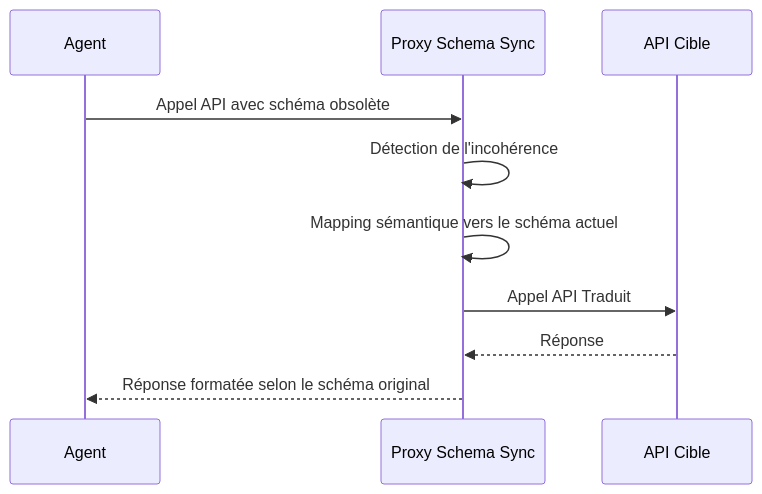
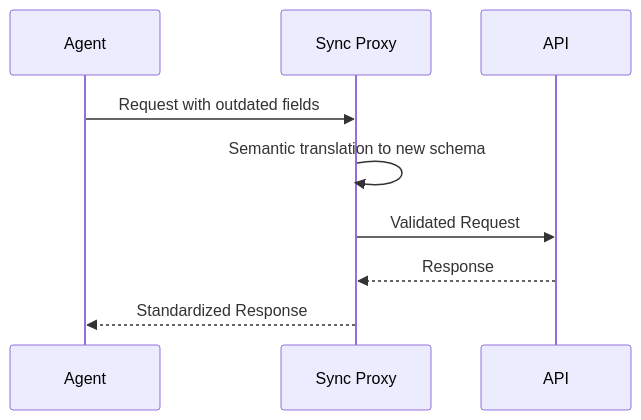
One commit to flouzzy/top-100-ai-startup-ideas changed the second of 2 diagrams in ideas/agent-schema-sync/README.fr.md. Above: the diagram before and after it, drawn with Mermaid. The commit also changed other lines of this file and 41 other files, not shown here.

````diff
--- a/ideas/agent-schema-sync/README.fr.md
+++ b/ideas/agent-schema-sync/README.fr.md
@@ -39,12 +40,11 @@
 ```mermaid
 sequenceDiagram
     participant Agent
-    participant Proxy as Proxy Schema Sync
-    participant ExternalAPI as API Cible
-    Agent->>Proxy: Appel API avec schéma obsolète
-    Proxy->>Proxy: Détection de l'incohérence
-    Proxy->>Proxy: Mapping sémantique vers le schéma actuel
-    Proxy->>ExternalAPI: Appel API Traduit
-    ExternalAPI-->>Proxy: Réponse
-    Proxy-->>Agent: Réponse formatée selon le schéma original
+    participant Sync Proxy
+    participant API
+    Agent->>Sync Proxy: Request with outdated fields
+    Sync Proxy->>Sync Proxy: Semantic translation to new schema
+    Sync Proxy->>API: Validated Request
+    API-->>Sync Proxy: Response
+    Sync Proxy-->>Agent: Standardized Response
 ```
````
